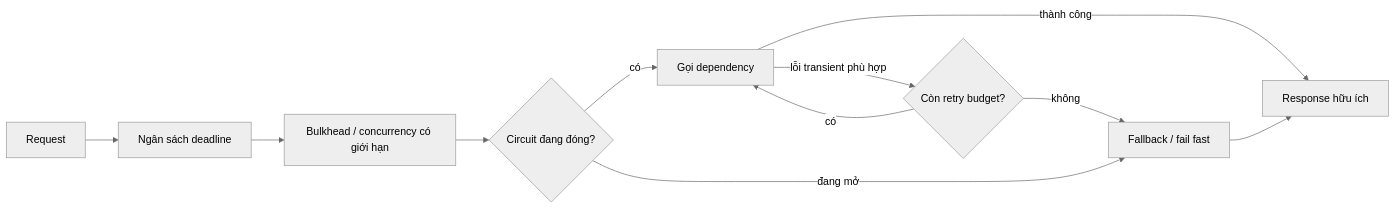
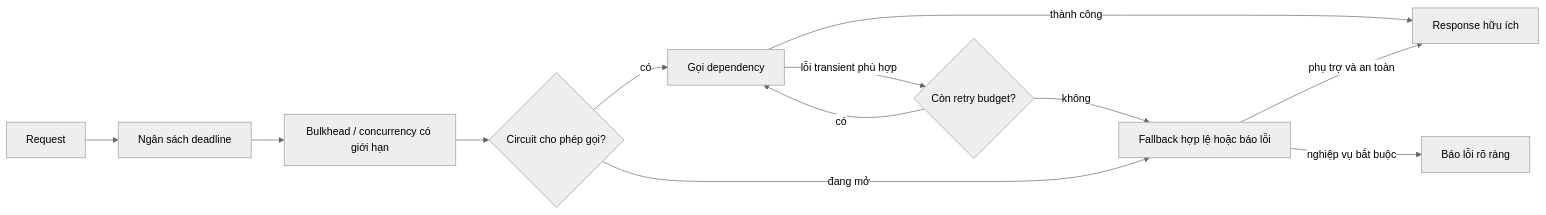
One commit to thucne/software-development-atlas changed the first of 3 diagrams in content/docs/backend-engineering/service-resilience.vi.mdx. Above: the diagram before and after it, drawn with Mermaid (neutral theme). The commit also changed other lines of this file and 5 other files, not shown here.

````diff
--- a/content/docs/backend-engineering/service-resilience.vi.mdx
+++ b/content/docs/backend-engineering/service-resilience.vi.mdx
@@ -54,13 +54,14 @@
 ```mermaid
 flowchart LR
   R[Request] --> B[Ngân sách deadline]
   B --> I[Bulkhead / concurrency có giới hạn]
-  I --> C{Circuit đang đóng?}
+  I --> C{Circuit cho phép gọi?}
   C -->|có| D[Gọi dependency]
-  C -->|đang mở| F[Fallback / fail fast]
+  C -->|đang mở| F[Fallback hợp lệ hoặc báo lỗi]
   D -->|thành công| O[Response hữu ích]
   D -->|lỗi transient phù hợp| Y{Còn retry budget?}
   Y -->|có| D
   Y -->|không| F
-  F --> O
+  F -->|phụ trợ và an toàn| O
+  F -->|nghiệp vụ bắt buộc| X[Báo lỗi rõ ràng]
 ```
````
